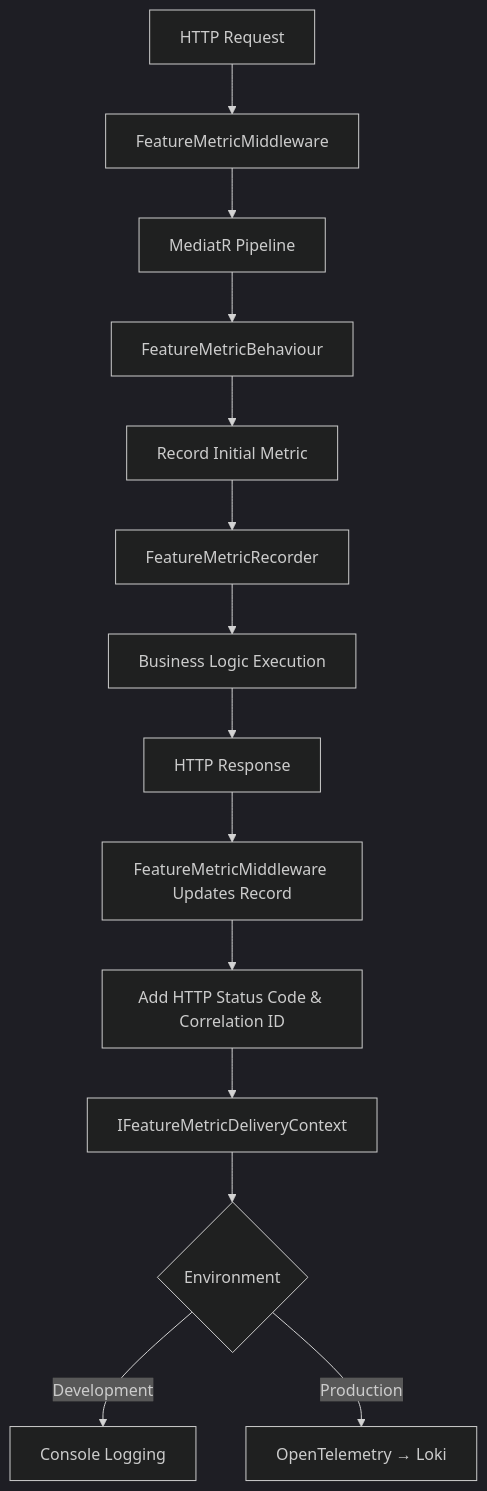
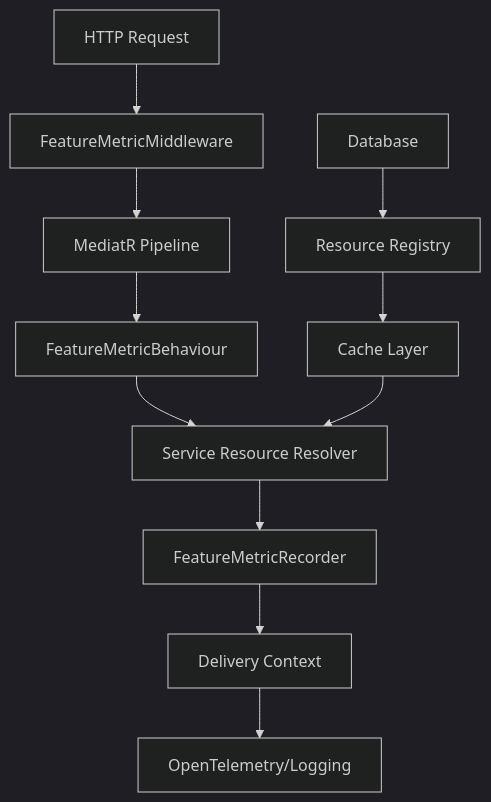
Before and after one commit to Altinn/dialogporten: the diagram in docs/FeatureMetrics.md, drawn with Mermaid (dark theme). The commit also changed other lines of this file and 24 other files, not shown here.

````diff
--- a/docs/FeatureMetrics.md
+++ b/docs/FeatureMetrics.md
@@ -26,16 +16,14 @@
 ```mermaid
-flowchart TD
+graph TB
     A[HTTP Request] --> B[FeatureMetricMiddleware]
     B --> C[MediatR Pipeline]
     C --> D[FeatureMetricBehaviour]
-    D --> E[Record Initial Metric]
+    D --> E[Service Resource Resolver]
     E --> F[FeatureMetricRecorder]
-    F --> G[Business Logic Execution]
-    G --> H[HTTP Response]
-    H --> I[FeatureMetricMiddleware Updates Record]
-    I --> J[Add HTTP Status Code & Correlation ID]
-    J --> K[IFeatureMetricDeliveryContext]
-    K --> L{Environment}
-    L -->|Development| M[Console Logging]
-    L -->|Production| N[OpenTelemetry → Loki]
+    F --> G[Delivery Context]
+    G --> H[OpenTelemetry/Logging]
+    
+    I[Cache Layer] --> E
+    J[Resource Registry] --> I
+    K[Database] --> J
 ```
````
